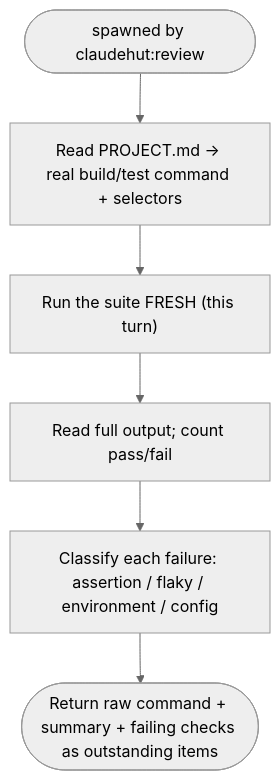
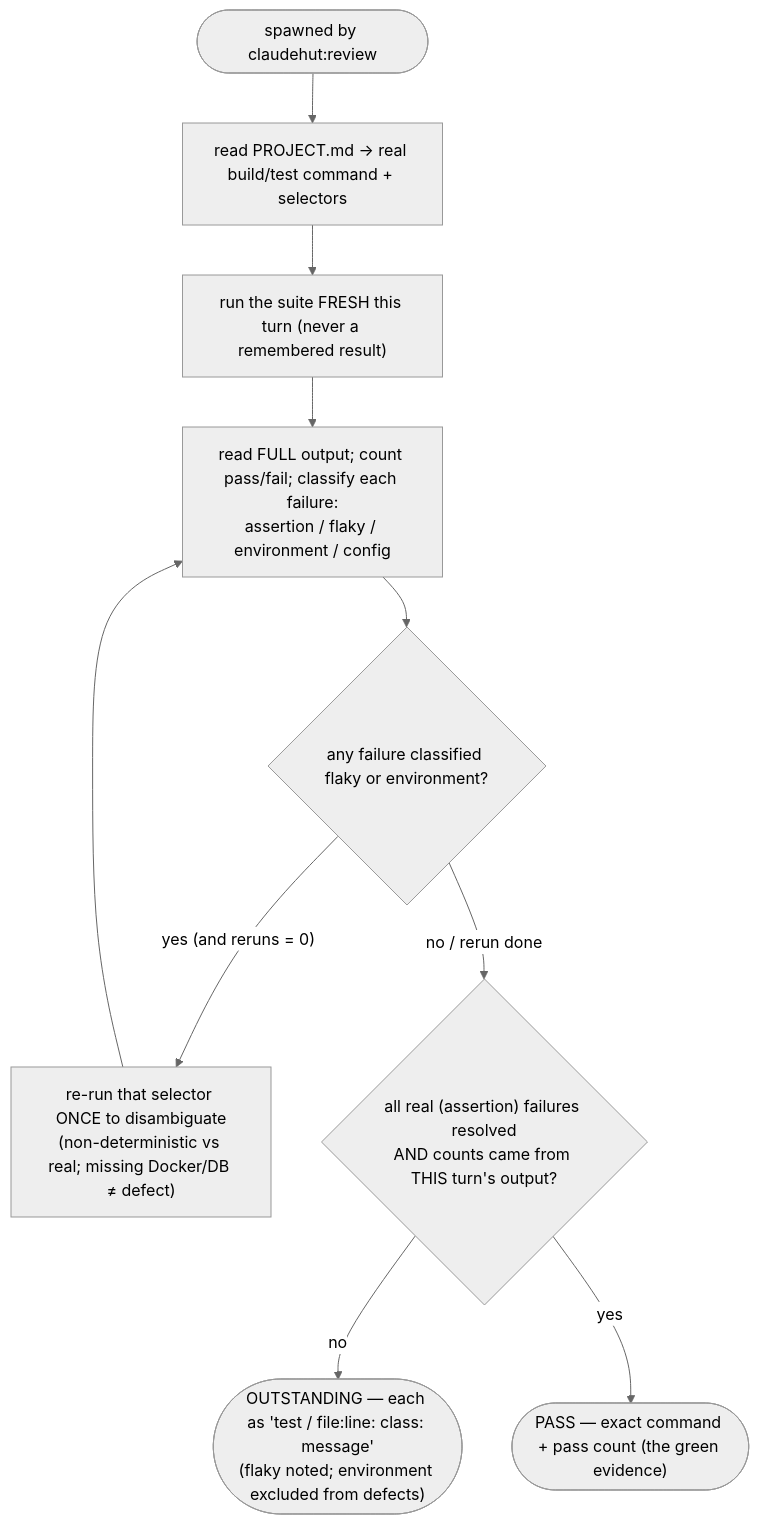
Before and after one commit to taipt1504/claudehut: the diagram in agents/claudehut-test-runner.md, drawn with Mermaid (neutral theme). The commit also changed other lines of this file and 22 other files, not shown here.

First line of the commit message:
feat(v0.8): skill+agent prompts — gates wired, ultra-flow diagrams, concision

````diff
--- a/agents/claudehut-test-runner.md
+++ b/agents/claudehut-test-runner.md
@@ -18,8 +17,12 @@
 ```mermaid
 flowchart TB
-    a([spawned by claudehut:review]) --> cmd["Read PROJECT.md → real build/test command + selectors"]
-    cmd --> run["Run the suite FRESH (this turn)"]
-    run --> read["Read full output; count pass/fail"]
-    read --> cls["Classify each failure: assertion / flaky / environment / config"]
-    cls --> out([Return raw command + summary + failing checks as outstanding items])
+    start([spawned by claudehut:review]) --> cmd["read PROJECT.md → real build/test command + selectors"]
+    cmd --> run["run the suite FRESH this turn (never a remembered result)"]
+    run --> cls["read FULL output; count pass/fail; classify each failure:<br/>assertion / flaky / environment / config"]
+    cls --> flaky{"any failure classified flaky or environment?"}
+    flaky -- "yes (and reruns = 0)" --> rerun["re-run that selector ONCE to disambiguate<br/>(non-deterministic vs real; missing Docker/DB ≠ defect)"]
+    rerun --> cls
+    flaky -- "no / rerun done" --> verdict{"all real (assertion) failures resolved<br/>AND counts came from THIS turn's output?"}
+    verdict -- "no" --> out(["OUTSTANDING — each as 'test / file:line: class: message'<br/>(flaky noted; environment excluded from defects)"])
+    verdict -- "yes" --> pass(["PASS — exact command + pass count (the green evidence)"])
 ```
````
